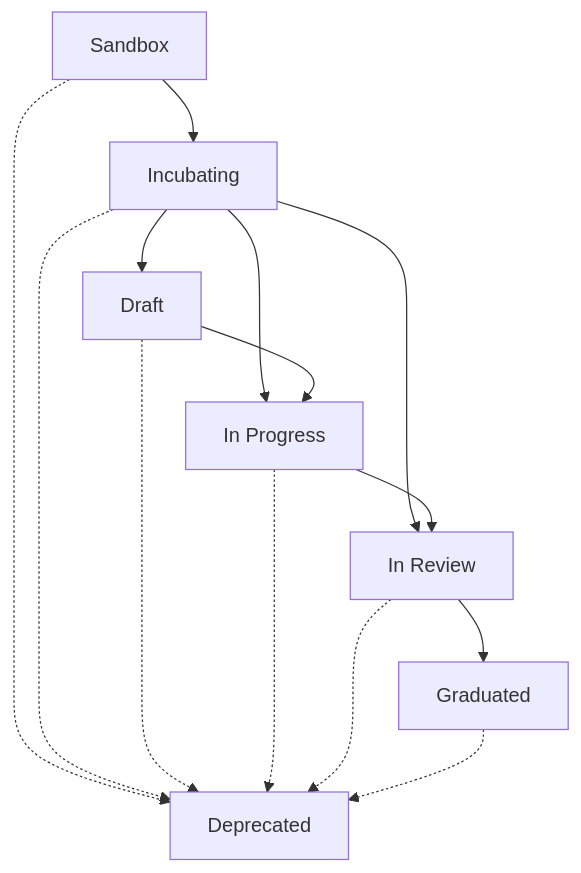
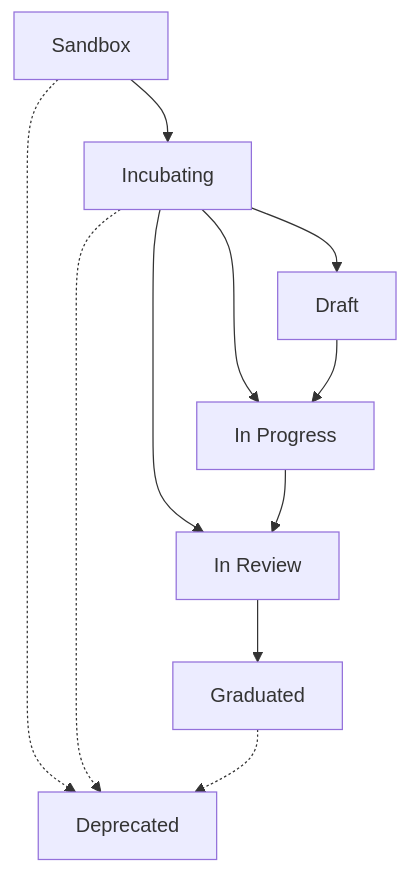
Before and after one commit to eclipse-tractusx/eclipse-tractusx.github.io: the first of 2 diagrams in documentation/kit-lifecycle.mdx, drawn with Mermaid. The commit also changed 5 other files, not shown here.

````diff
--- a/documentation/kit-lifecycle.mdx
+++ b/documentation/kit-lifecycle.mdx
@@ -178,17 +178,14 @@
 ```mermaid
 graph TD
     A[Sandbox] --> B[Incubating]
     B --> B1[Draft]
     B --> B2[In Progress] 
     B --> B3[In Review]
     B1 --> B2
     B2 --> B3
     B3 --> C[Graduated]
     A -.-> D[Deprecated]
     B -.-> D
-    B1 -.-> D
-    B2 -.-> D
-    B3 -.-> D
     C -.-> D
 
 ```
````
